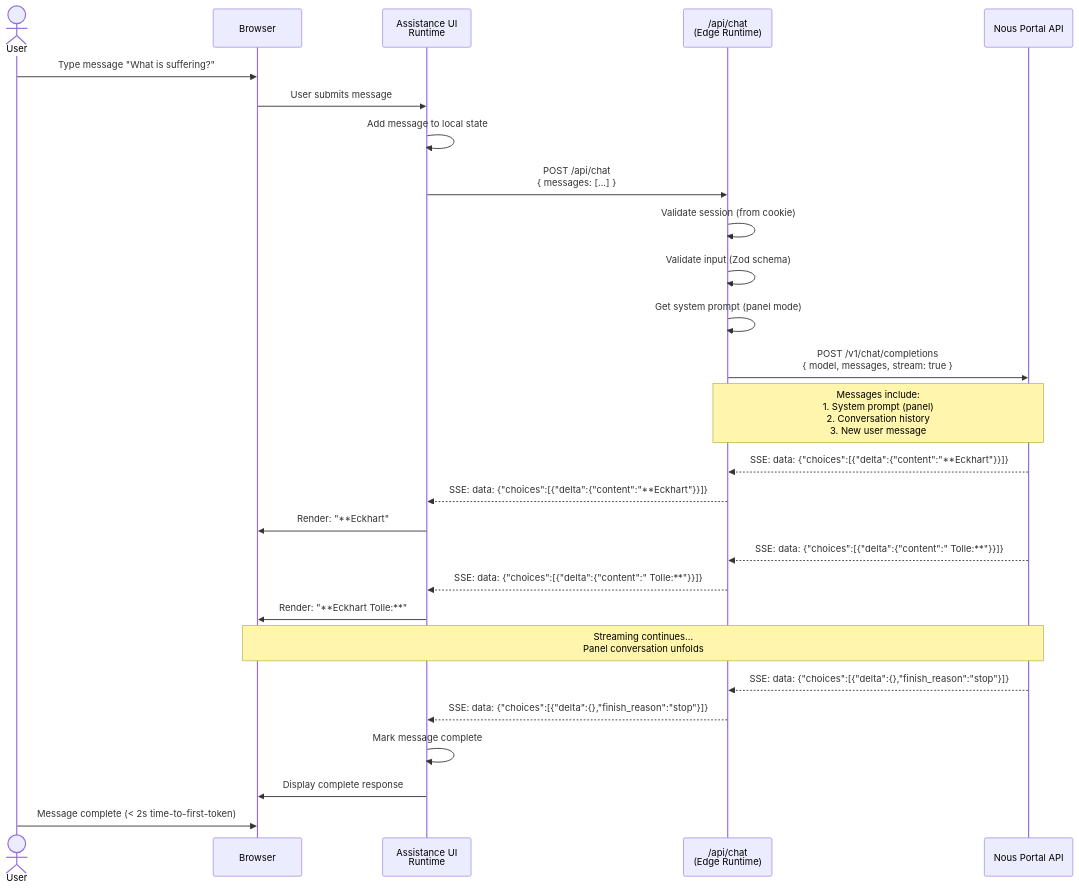
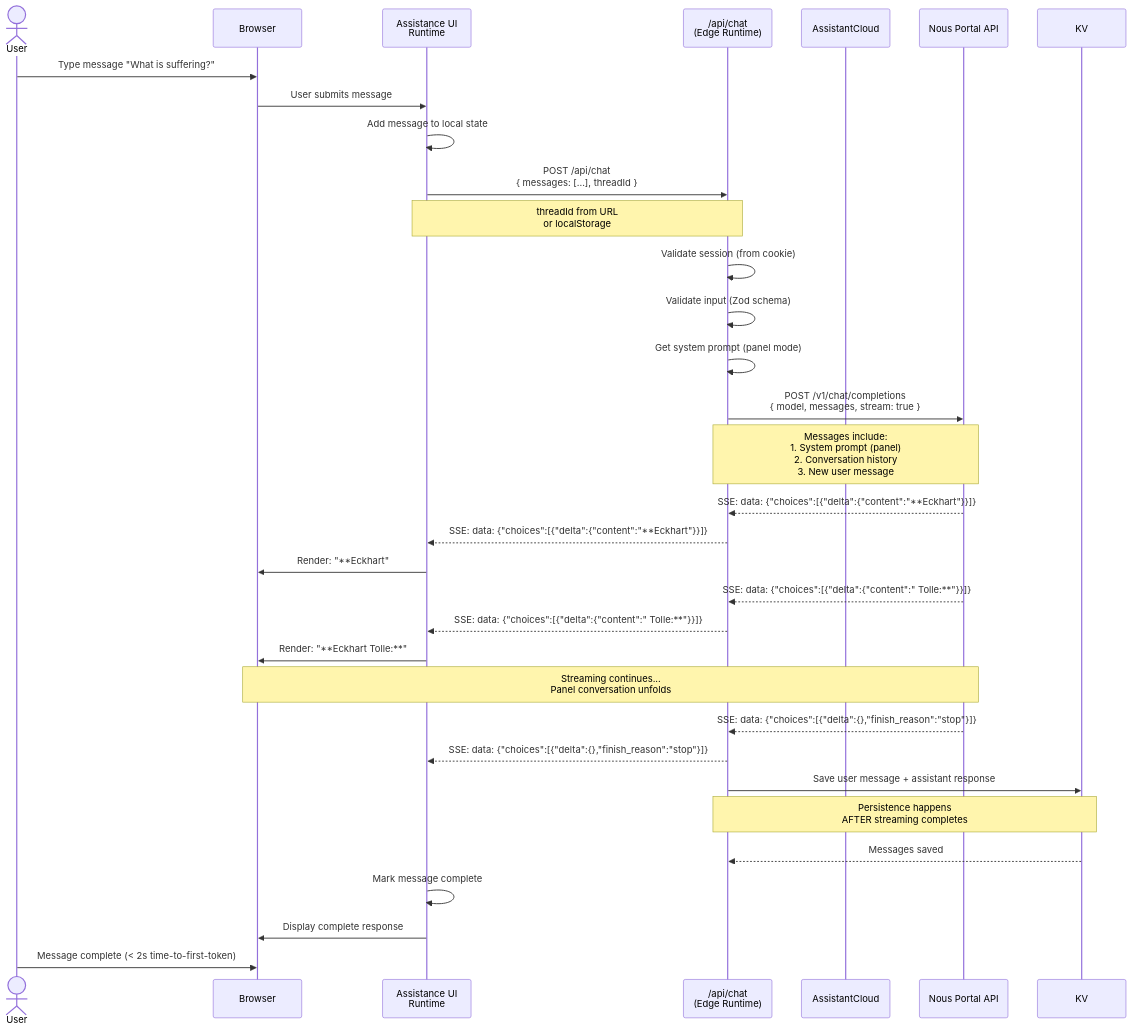
The third of 6 diagrams in docs/architecture/core-workflows.md (ajbmachon/buddah-bot), drawn with Mermaid before and after one commit. The commit also changed other lines of this file and 14 other files, not shown here.

````diff
--- a/docs/architecture/core-workflows.md
+++ b/docs/architecture/core-workflows.md
@@ -96,37 +96,44 @@
 ```mermaid
 sequenceDiagram
     actor User
     participant Browser
     participant Runtime as Assistance UI<br/>Runtime
     participant EdgeAPI as /api/chat<br/>(Edge Runtime)
+    participant Cloud as AssistantCloud
     participant Nous as Nous Portal API
 
     User->>Browser: Type message "What is suffering?"
     Browser->>Runtime: User submits message
     Runtime->>Runtime: Add message to local state
 
-    Runtime->>EdgeAPI: POST /api/chat<br/>{ messages: [...] }
+    Runtime->>EdgeAPI: POST /api/chat<br/>{ messages: [...], threadId }
+    Note over Runtime,EdgeAPI: threadId from URL<br/>or localStorage
     EdgeAPI->>EdgeAPI: Validate session (from cookie)
     EdgeAPI->>EdgeAPI: Validate input (Zod schema)
     EdgeAPI->>EdgeAPI: Get system prompt (panel mode)
 
     EdgeAPI->>Nous: POST /v1/chat/completions<br/>{ model, messages, stream: true }
     Note over EdgeAPI,Nous: Messages include:<br/>1. System prompt (panel)<br/>2. Conversation history<br/>3. New user message
 
     Nous-->>EdgeAPI: SSE: data: {"choices":[{"delta":{"content":"**Eckhart"}}]}
     EdgeAPI-->>Runtime: SSE: data: {"choices":[{"delta":{"content":"**Eckhart"}}]}
     Runtime->>Browser: Render: "**Eckhart"
 
     Nous-->>EdgeAPI: SSE: data: {"choices":[{"delta":{"content":" Tolle:**"}}]}
     EdgeAPI-->>Runtime: SSE: data: {"choices":[{"delta":{"content":" Tolle:**"}}]}
     Runtime->>Browser: Render: "**Eckhart Tolle:**"
 
     Note over Nous,Browser: Streaming continues...<br/>Panel conversation unfolds
 
     Nous-->>EdgeAPI: SSE: data: {"choices":[{"delta":{},"finish_reason":"stop"}]}
     EdgeAPI-->>Runtime: SSE: data: {"choices":[{"delta":{},"finish_reason":"stop"}]}
+
+    EdgeAPI->>KV: Save user message + assistant response
+    Note over EdgeAPI,KV: Persistence happens<br/>AFTER streaming completes
+    KV-->>EdgeAPI: Messages saved
+
     Runtime->>Runtime: Mark message complete
     Runtime->>Browser: Display complete response
 
     User->>Browser: Message complete (< 2s time-to-first-token)
 ```
````
